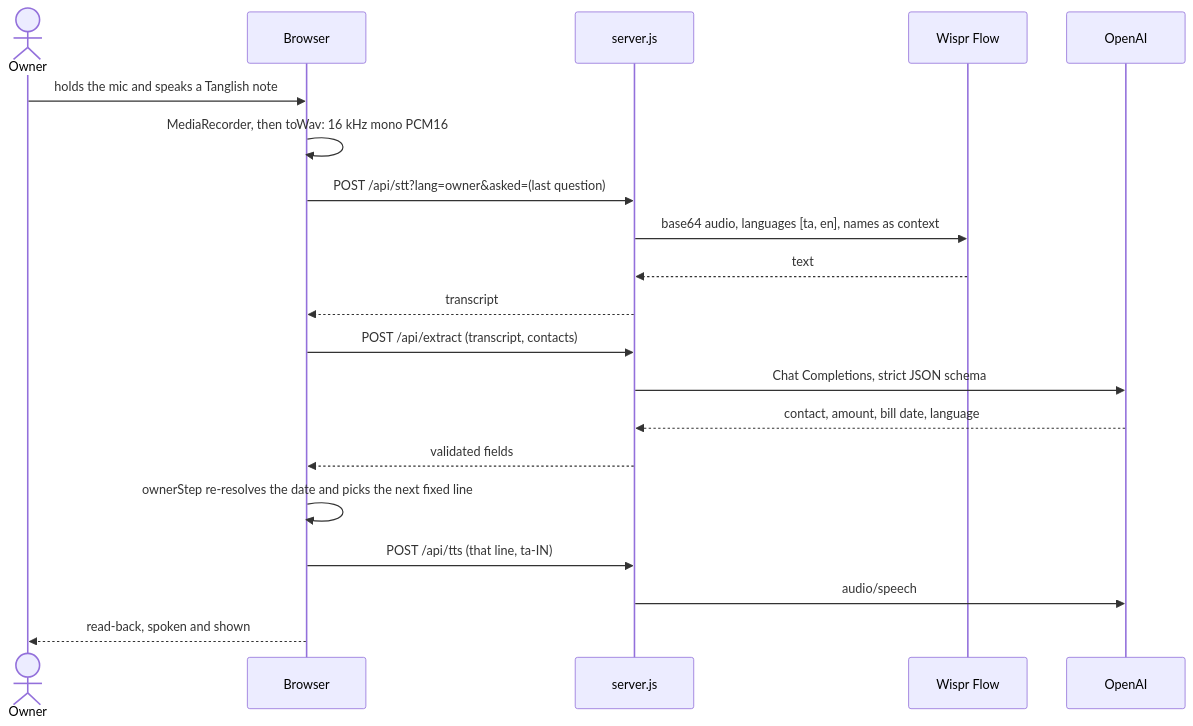
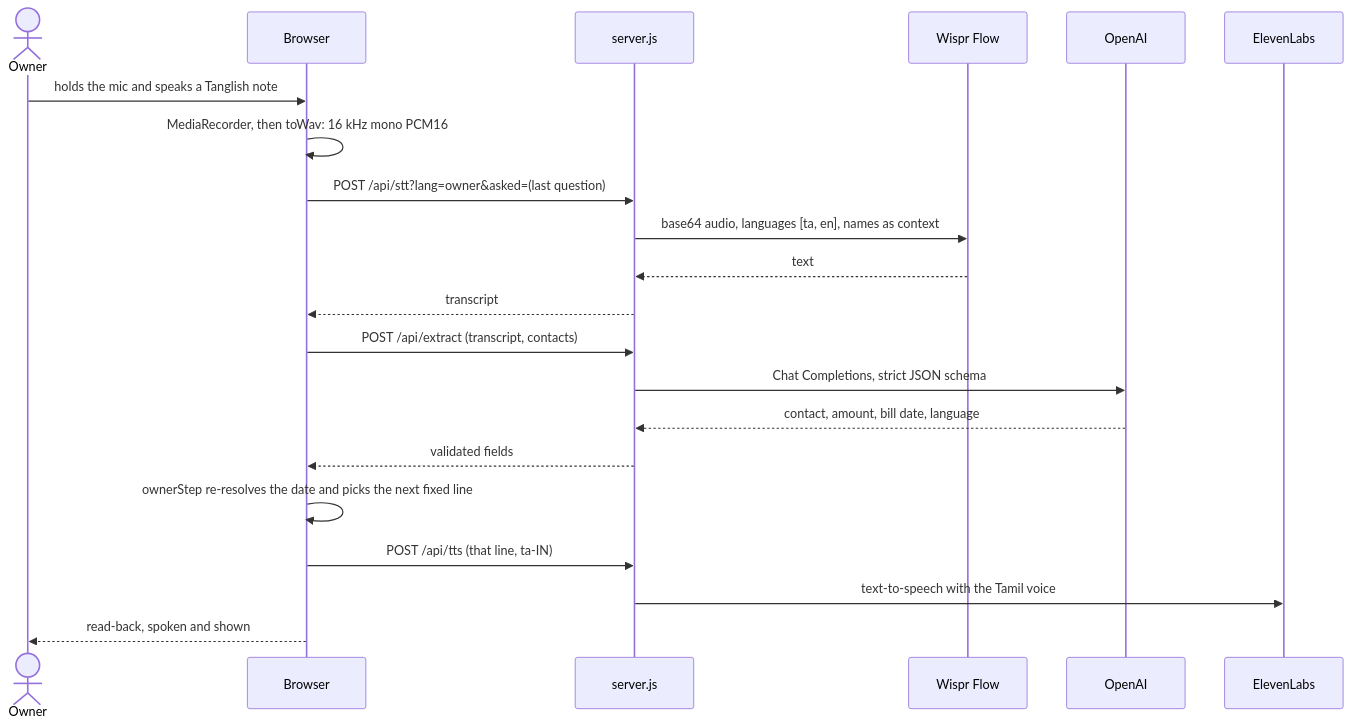
The second of 3 diagrams in docs/ARCHITECTURE.md (Nithish7680/kaasupesu), drawn with Mermaid before and after one commit. The commit also changed other lines of this file and 13 other files, not shown here.

First line of the commit message:
feat: speak with ElevenLabs voices instead of OpenAI's

````diff
--- a/docs/ARCHITECTURE.md
+++ b/docs/ARCHITECTURE.md
@@ -61,22 +62,23 @@
 ```mermaid
 sequenceDiagram
   actor Owner
   participant App as Browser
   participant Server as server.js
   participant Wispr as Wispr Flow
   participant OpenAI
+  participant ElevenLabs
   Owner->>App: holds the mic and speaks a Tanglish note
   App->>App: MediaRecorder, then toWav: 16 kHz mono PCM16
   App->>Server: POST /api/stt?lang=owner&asked=(last question)
   Server->>Wispr: base64 audio, languages [ta, en], names as context
   Wispr-->>Server: text
   Server-->>App: transcript
   App->>Server: POST /api/extract (transcript, contacts)
   Server->>OpenAI: Chat Completions, strict JSON schema
   OpenAI-->>Server: contact, amount, bill date, language
   Server-->>App: validated fields
   App->>App: ownerStep re-resolves the date and picks the next fixed line
   App->>Server: POST /api/tts (that line, ta-IN)
-  Server->>OpenAI: audio/speech
+  Server->>ElevenLabs: text-to-speech with the Tamil voice
   App-->>Owner: read-back, spoken and shown
 ```
````
